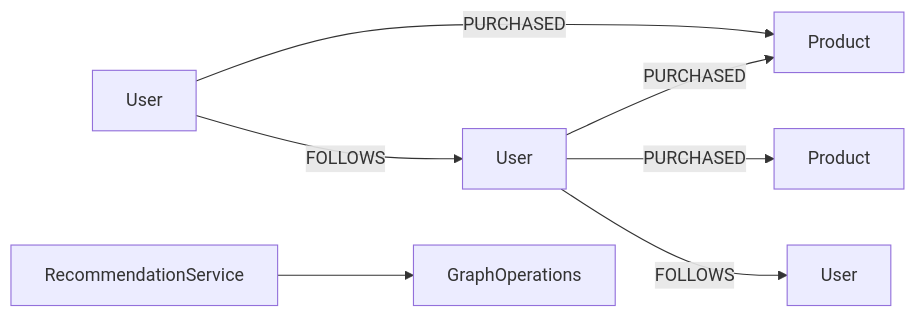
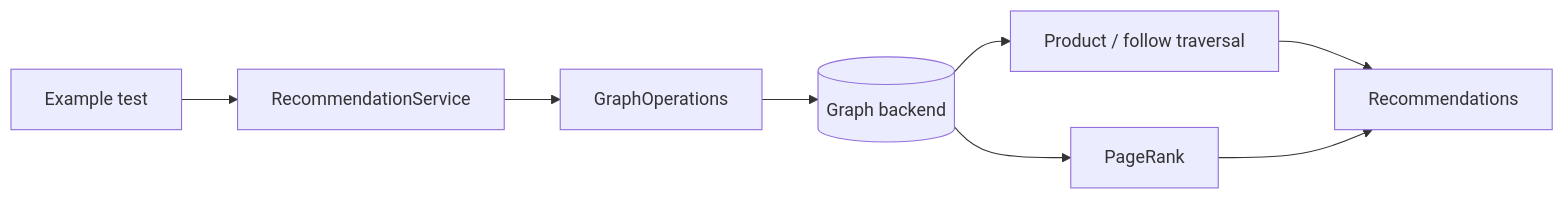
One commit to bluetape4k/bluetape4k-graph changed the first of 3 diagrams in examples/recommendation-examples/README.ko.md. Above: the diagram before and after it, drawn with Mermaid. The commit also changed other lines of this file and 6 other files, not shown here.

First line of the commit message:
docs: make domain graph examples easier to learn

````diff
--- a/examples/recommendation-examples/README.ko.md
+++ b/examples/recommendation-examples/README.ko.md
@@ -9,9 +34,10 @@
 ```mermaid
 flowchart LR
-    UserA[User] -->|PURCHASED| ProductA[Product]
-    UserB[User] -->|PURCHASED| ProductA
-    UserB -->|PURCHASED| ProductB[Product]
-    UserA -->|FOLLOWS| UserB
-    UserB -->|FOLLOWS| UserC[User]
-    Service[RecommendationService] --> Ops[GraphOperations]
+    Test[Example test] --> Service[RecommendationService]
+    Service --> Ops[GraphOperations]
+    Ops --> Backend[(Graph backend)]
+    Backend --> Traversal[Product / follow traversal]
+    Backend --> Ranking[PageRank]
+    Traversal --> Results[Recommendations]
+    Ranking --> Results
 ```
````
